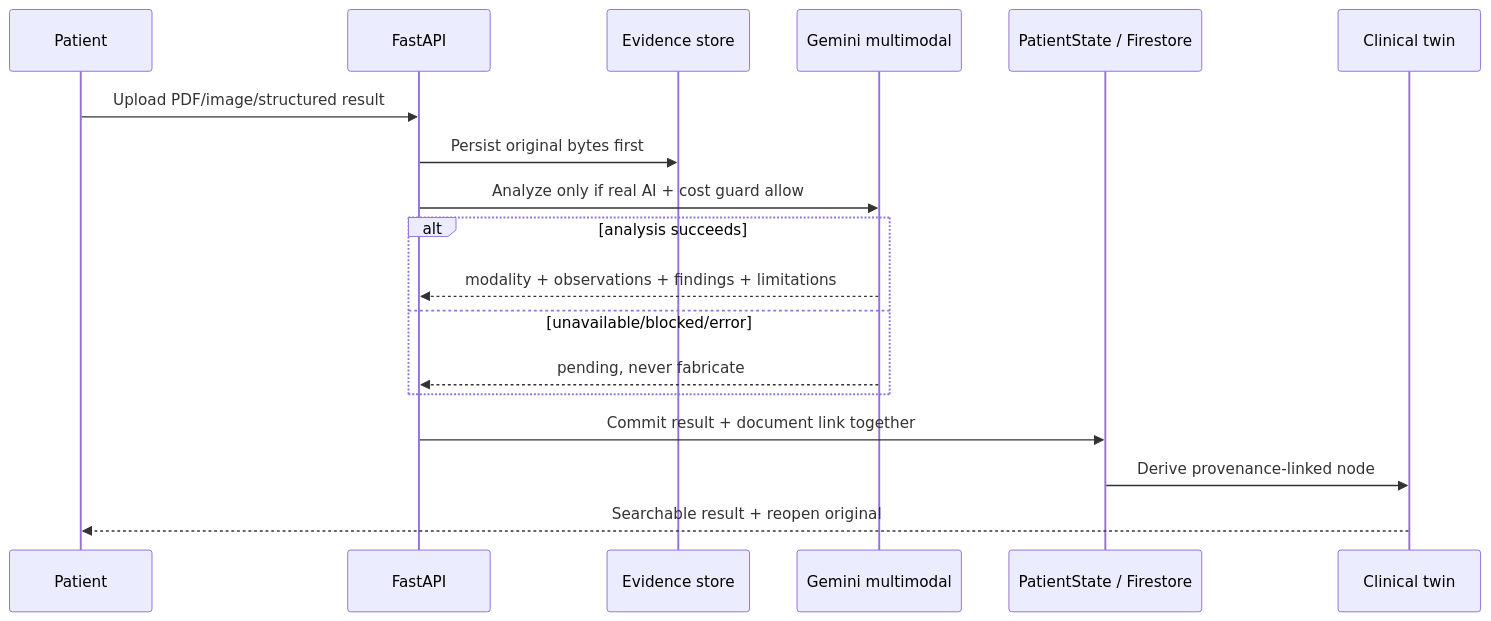
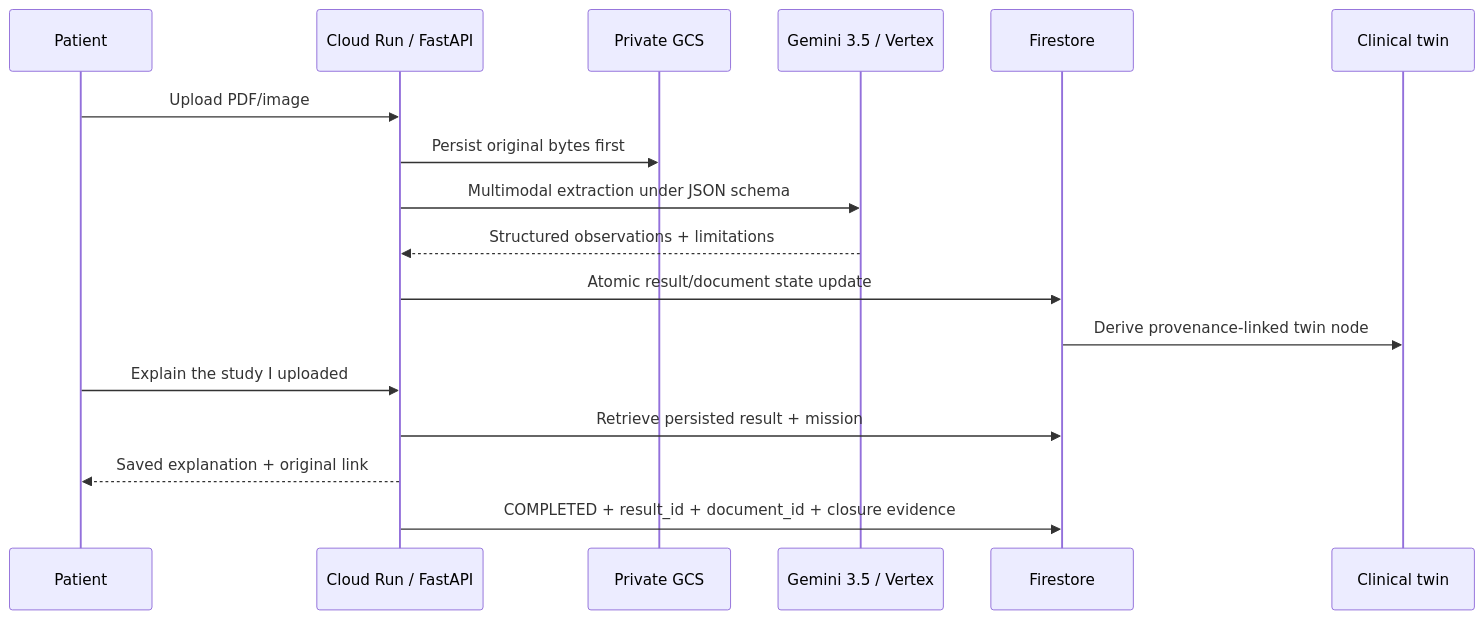
Before and after one commit to arisnachy/healthia-one: the second of 2 diagrams in docs/ARCHITECTURE.md, drawn with Mermaid. The commit also changed other lines of this file, not shown here.

Commit message:
docs: align architecture with Vertex 3.5 and closed-loop Taskmaster

````diff
--- a/docs/ARCHITECTURE.md
+++ b/docs/ARCHITECTURE.md
@@ -86,21 +53,20 @@
 ```mermaid
 sequenceDiagram
     participant P as Patient
-    participant A as FastAPI
-    participant S as Evidence store
-    participant G as Gemini multimodal
-    participant F as PatientState / Firestore
+    participant API as Cloud Run / FastAPI
+    participant GCS as Private GCS
+    participant V as Gemini 3.5 / Vertex
+    participant FS as Firestore
     participant T as Clinical twin
 
-    P->>A: Upload PDF/image/structured result
-    A->>S: Persist original bytes first
-    A->>G: Analyze only if real AI + cost guard allow
-    alt analysis succeeds
-        G-->>A: modality + observations + findings + limitations
-    else unavailable/blocked/error
-        G-->>A: pending, never fabricate
-    end
-    A->>F: Commit result + document link together
-    F->>T: Derive provenance-linked node
-    T-->>P: Searchable result + reopen original
+    P->>API: Upload PDF/image
+    API->>GCS: Persist original bytes first
+    API->>V: Multimodal extraction under JSON schema
+    V-->>API: Structured observations + limitations
+    API->>FS: Atomic result/document state update
+    FS->>T: Derive provenance-linked twin node
+    P->>API: Explain the study I uploaded
+    API->>FS: Retrieve persisted result + mission
+    API-->>P: Saved explanation + original link
+    API->>FS: COMPLETED + result_id + document_id + closure evidence
 ```
````
